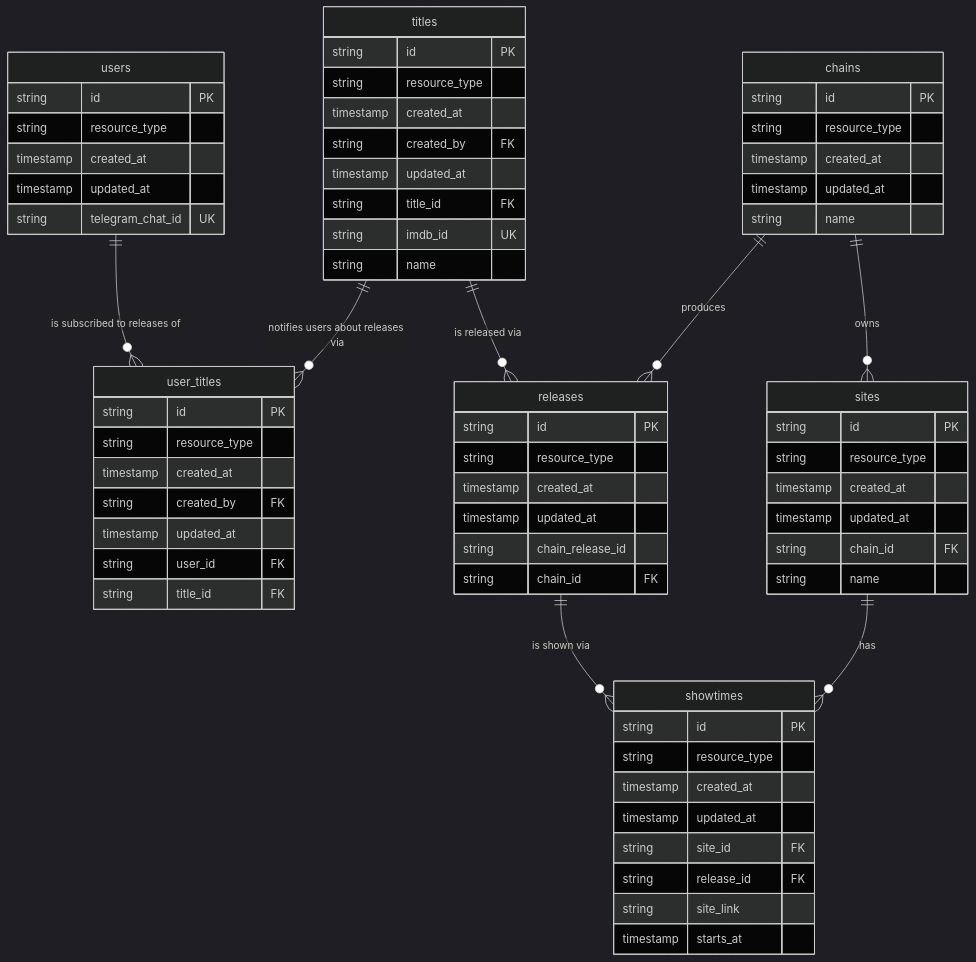
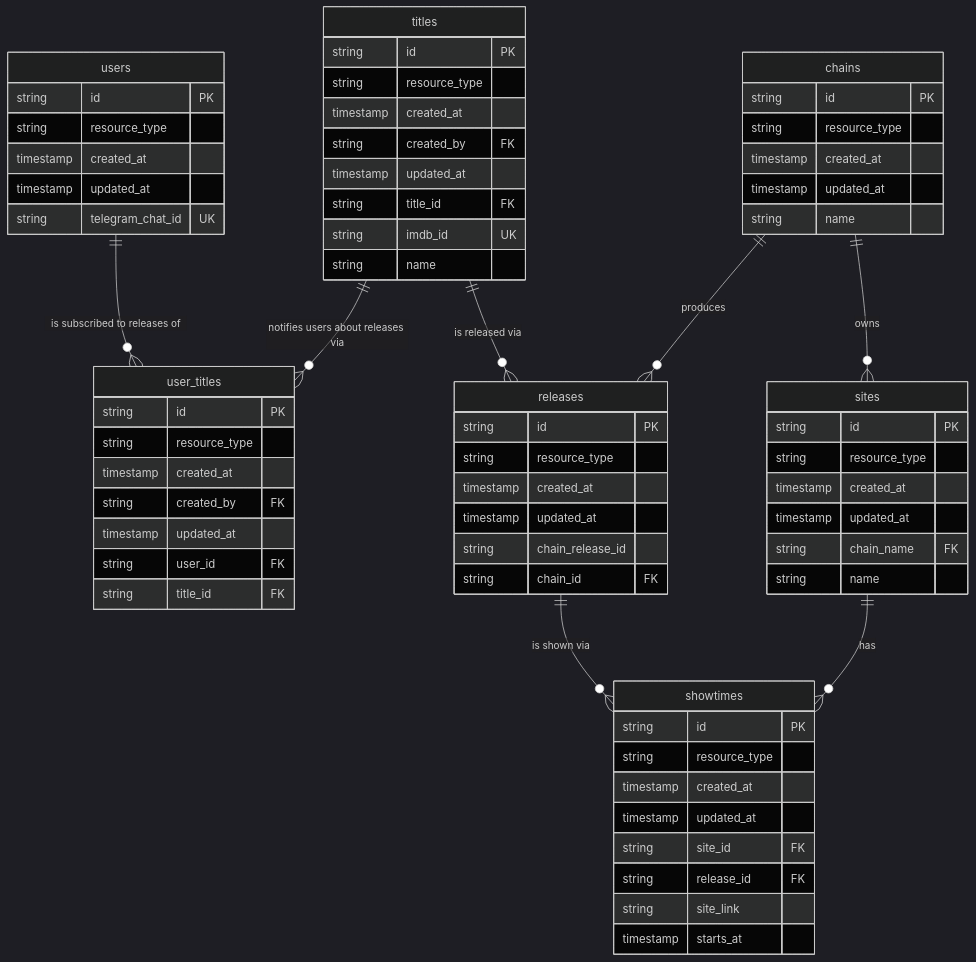
One commit to vorant94/the-repo changed the diagram in apps/sofash/docs/erd.mmd. Above: the diagram before and after it, drawn with Mermaid (dark theme). The commit also changed 8 other files, not shown here.

```diff
--- a/apps/sofash/docs/erd.mmd
+++ b/apps/sofash/docs/erd.mmd
@@ -1,87 +1,87 @@
 erDiagram
 	users {
 		string		id PK
 		string		resource_type
 		timestamp	created_at
 		timestamp	updated_at
 
 		string 		telegram_chat_id UK
 	}
 
 	user_titles {
 		string 		id PK
 		string		resource_type
 		timestamp	created_at
 		string		created_by FK
 		timestamp	updated_at
 
 		string 		user_id FK
 		string 		title_id FK
 	}
 
 	chains {
 		string		id PK
 		string		resource_type
 		timestamp	created_at
 		timestamp	updated_at
 
 		string		name
 	}
 
 	sites {
 		string		id PK
 		string		resource_type
 		timestamp	created_at
 		timestamp	updated_at
 
-		string		chain_id FK
+		string		chain_name FK
 
 		string		name
 	}
 
 	releases {
 		string		id PK
 		string		resource_type
 		timestamp	created_at
 		timestamp	updated_at
 
 		string		chain_release_id
 		string		chain_id FK
 	}
 
 	showtimes {
 		string		id PK
 		string		resource_type
 		timestamp	created_at
 		timestamp	updated_at
 
 		string		site_id FK
 		string		release_id FK
 
 		string		site_link
 		timestamp	starts_at
 	}
 
 	titles {
 		string		id PK
 		string		resource_type
 		timestamp	created_at
 		string		created_by FK
 		timestamp	updated_at
 
 		string		title_id FK
 		string		imdb_id UK
 
 		string		name
 	}
 
 	titles ||--o{ releases : "is released via"
 
 	users ||--o{ user_titles : "is subscribed to releases of"
 	titles ||--o{ user_titles : "notifies users about releases via"
 
 	chains ||--o{ sites : "owns"
 	chains ||--o{ releases : "produces"
 
 	sites ||--o{ showtimes : "has"
 	releases ||--o{ showtimes : "is shown via"
```
